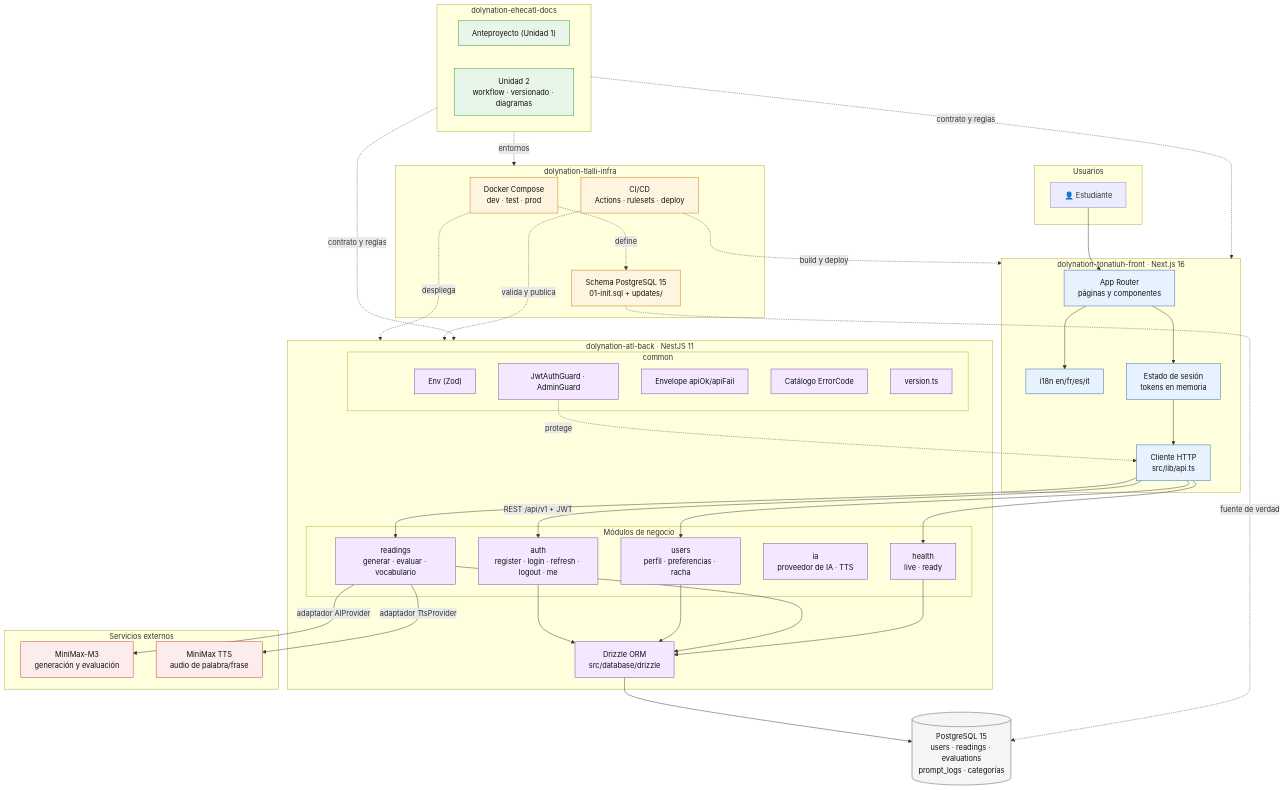
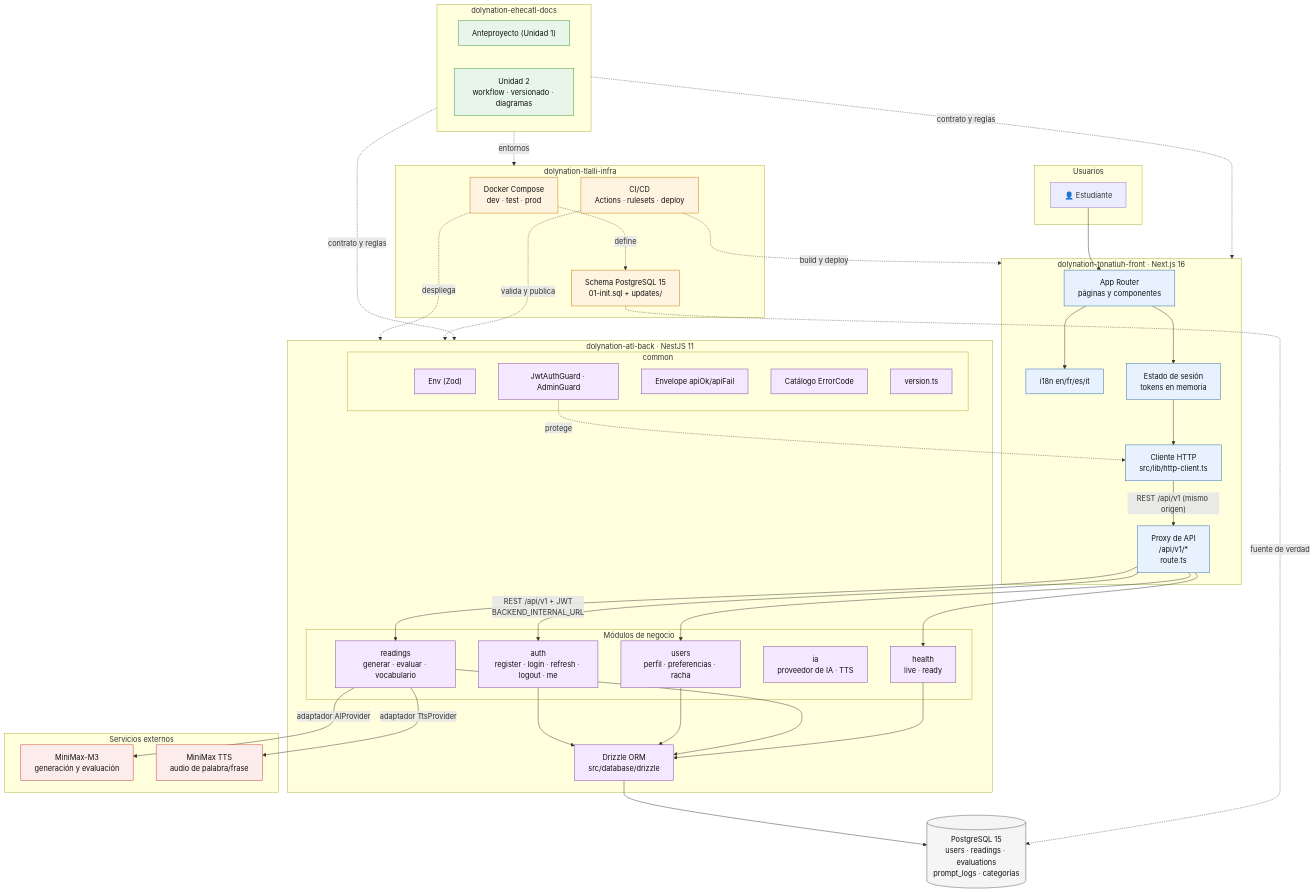
One commit to DolyLanguagesORG/dolynation-ehecatl-docs changed the diagram in diagrams/diagrama-de-arquitectura.md. Above: the diagram before and after it, drawn with Mermaid. The commit also changed 2 other files, not shown here.

Commit message:
docs(despliegue): documentar el servidor nuevo y el patron proxy de API (#27)
* docs(despliegue): documentar el servidor nuevo y el patron proxy de API

- PLAN-DE-DESPLIEGUE.md: el servidor de desarrollo real (IP, rutas, red
  Docker, puertos en loopback), el usuario ddeploy con llave cifrada en
  agente SSH, nginx con Origin Certificate de Cloudflare, y el hecho de
  que el compose de desarrollo vive solo en infra y levanta los tres
  contenedores a la vez.
- Anteproyecto §16: se documenta el patron Proxy de API (BFF en Next.js),
  que antes no estaba. El navegador no habla con el backend: todo pasa
  por el proxy del servidor, que usa BACKEND_INTERNAL_URL (de servidor).
- Diagrama de arquitectura: FE_API ahora va a FE_PROXY, y el proxy es
  quien llama a los modulos del backend.

Es la razon principal de elegir Next.js frente a un SPA: con el proxy, la
direccion del backend no llega al bundle del navegador.

* docs(despliegue): corregir el dominio a yacaterkos.tech

El dominio real (y el del certificado de origen) es yacaterkos.tech.

```diff
--- a/diagrams/diagrama-de-arquitectura.md
+++ b/diagrams/diagrama-de-arquitectura.md
@@ -13,7 +13,8 @@
         FE_ROUTES["App Router<br/>páginas y componentes"]
         FE_I18N["i18n en/fr/es/it"]
         FE_STATE["Estado de sesión<br/>tokens en memoria"]
-        FE_API["Cliente HTTP<br/>src/lib/api.ts"]
+        FE_API["Cliente HTTP<br/>src/lib/http-client.ts"]
+        FE_PROXY["Proxy de API<br/>/api/v1/*<br/>route.ts"]
     end
 
     subgraph BACK["dolynation-atl-back · NestJS 11"]
@@ -56,10 +57,11 @@
     FE_ROUTES --> FE_I18N
     FE_ROUTES --> FE_STATE
     FE_STATE --> FE_API
-    FE_API -->|"REST /api/v1 + JWT"| M_AUTH
-    FE_API --> M_USERS
-    FE_API --> M_READ
-    FE_API --> M_HEALTH
+    FE_API -->|"REST /api/v1 (mismo origen)"| FE_PROXY
+    FE_PROXY -->|"REST /api/v1 + JWT<br/>BACKEND_INTERNAL_URL"| M_AUTH
+    FE_PROXY --> M_USERS
+    FE_PROXY --> M_READ
+    FE_PROXY --> M_HEALTH
     C_GUARD -.->|"protege"| FE_API
     M_AUTH --> DB_ACCESS
     M_USERS --> DB_ACCESS
@@ -84,7 +86,7 @@
     classDef ext fill:#fdecec,stroke:#c0392b,color:#111111
     classDef data fill:#f5f5f5,stroke:#555555,color:#111111
 
-    class FE_ROUTES,FE_I18N,FE_STATE,FE_API front
+    class FE_ROUTES,FE_I18N,FE_STATE,FE_API,FE_PROXY front
     class M_AUTH,M_USERS,M_READ,M_IA,M_HEALTH,C_ENV,C_GUARD,C_ENVELOPE,C_ERRORS,C_VERSION,DB_ACCESS back
     class COMPOSE,SCHEMA,CI infra
     class ANT,U2 docs
```
